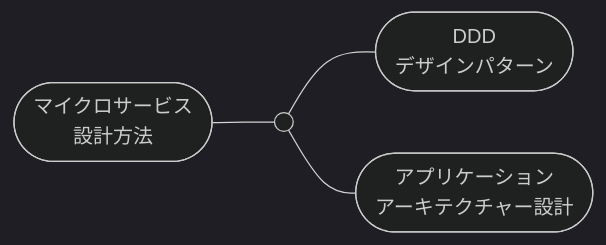
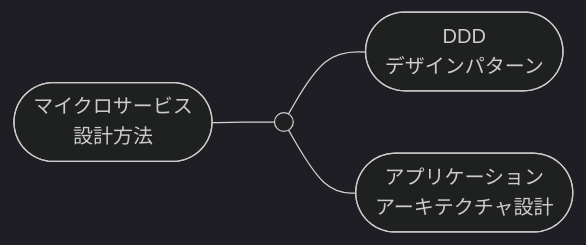
One commit to hiroki-it/tech-notebook changed the ninth of 24 diagrams in docs/software/software_application_architecture_microservices_cloudnative.md. Above: the diagram before and after it, drawn with Mermaid (dark theme). The commit also changed other lines of this file and 1 other file, not shown here.

````diff
--- a/docs/software/software_application_architecture_microservices_cloudnative.md
+++ b/docs/software/software_application_architecture_microservices_cloudnative.md
@@ -842,9 +842,9 @@
 ```mermaid
 flowchart LR
 
   マイクロサービス設計方法([マイクロサービス<br>設計方法]) --- マイクロサービス設計方法の基点(( ))
 
   マイクロサービス設計方法の基点 --- DDDデザインパターン([DDD<br>デザインパターン])
-  マイクロサービス設計方法の基点 --- アプリケーションアーキテクチャー設計([アプリケーション<br>アーキテクチャー設計])
+  マイクロサービス設計方法の基点 --- アプリケーションアーキテクチャ設計([アプリケーション<br>アーキテクチャ設計])
 
 ```
````
